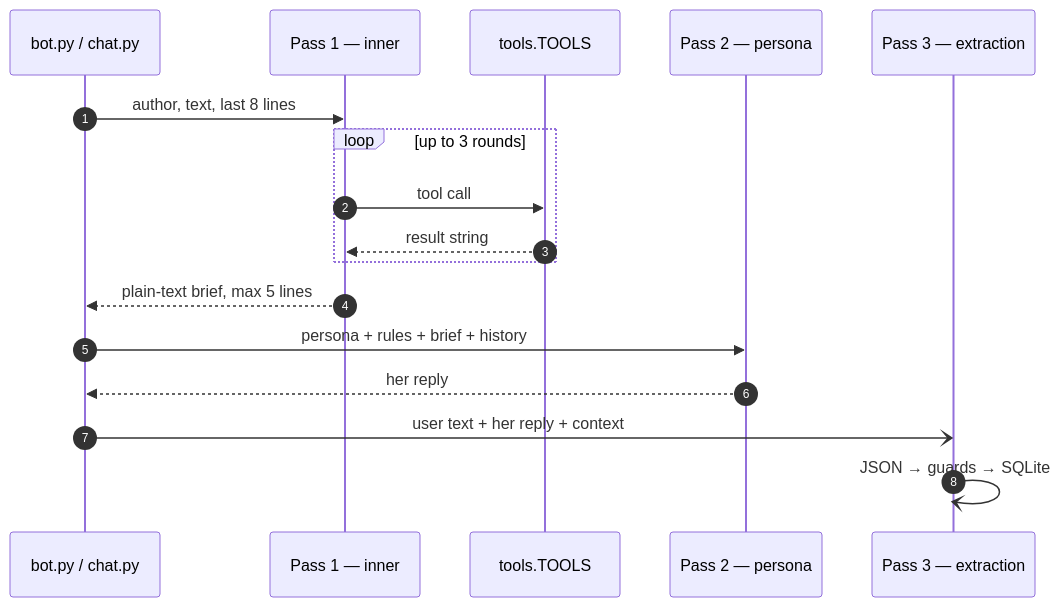
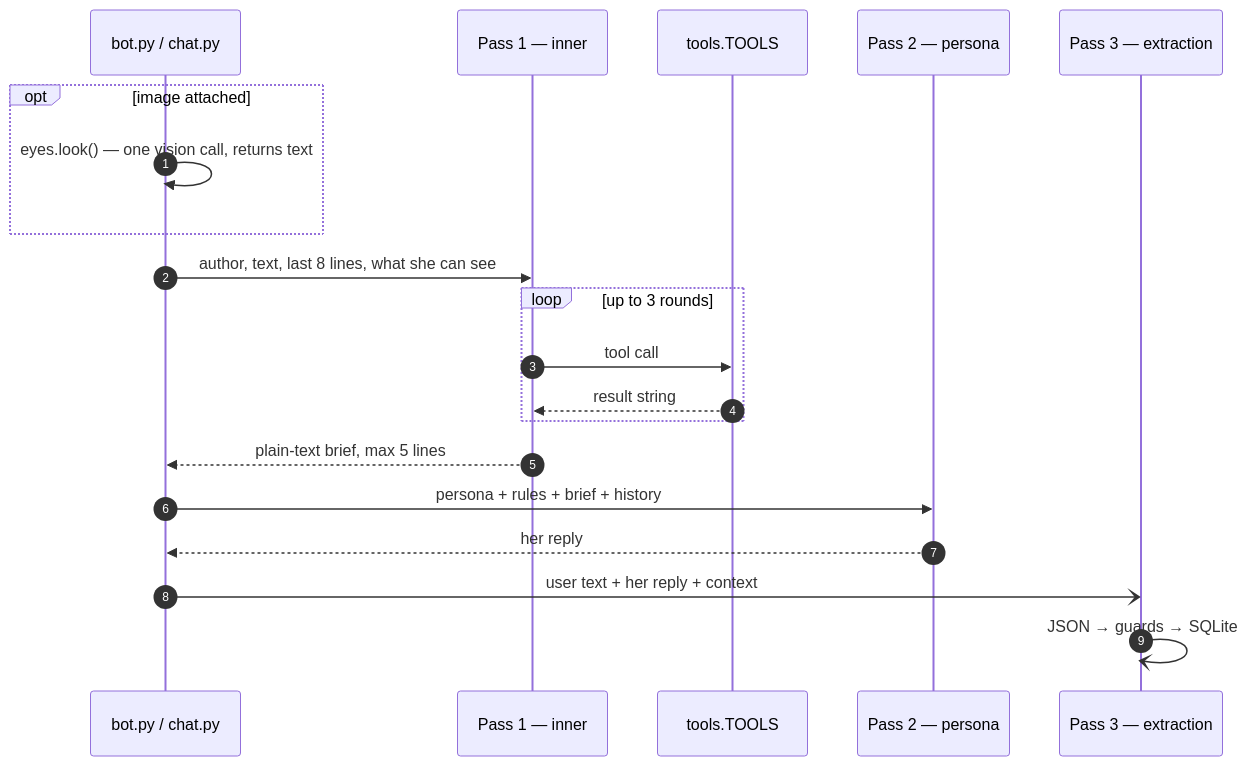
One commit to krichpapath/Tiwa-Utility-Chatbot changed the diagram in docs/concepts/three-passes.md. Above: the diagram before and after it, drawn with Mermaid. The commit also changed other lines of this file and 13 other files, not shown here.

````diff
--- a/docs/concepts/three-passes.md
+++ b/docs/concepts/three-passes.md
@@ -26,19 +36,22 @@
 ```mermaid
 sequenceDiagram
     autonumber
     participant caller as bot.py / chat.py
     participant inner as Pass 1 — inner
     participant tools as tools.TOOLS
     participant persona as Pass 2 — persona
     participant ex as Pass 3 — extraction
-    caller->>inner: author, text, last 8 lines
+    opt image attached
+        caller->>caller: eyes.look() — one vision call, returns text
+    end
+    caller->>inner: author, text, last 8 lines, what she can see
     loop up to 3 rounds
         inner->>tools: tool call
         tools-->>inner: result string
     end
     inner-->>caller: plain-text brief, max 5 lines
     caller->>persona: persona + rules + brief + history
     persona-->>caller: her reply
     caller-)ex: user text + her reply + context
     ex-)ex: JSON → guards → SQLite
 ```
````
